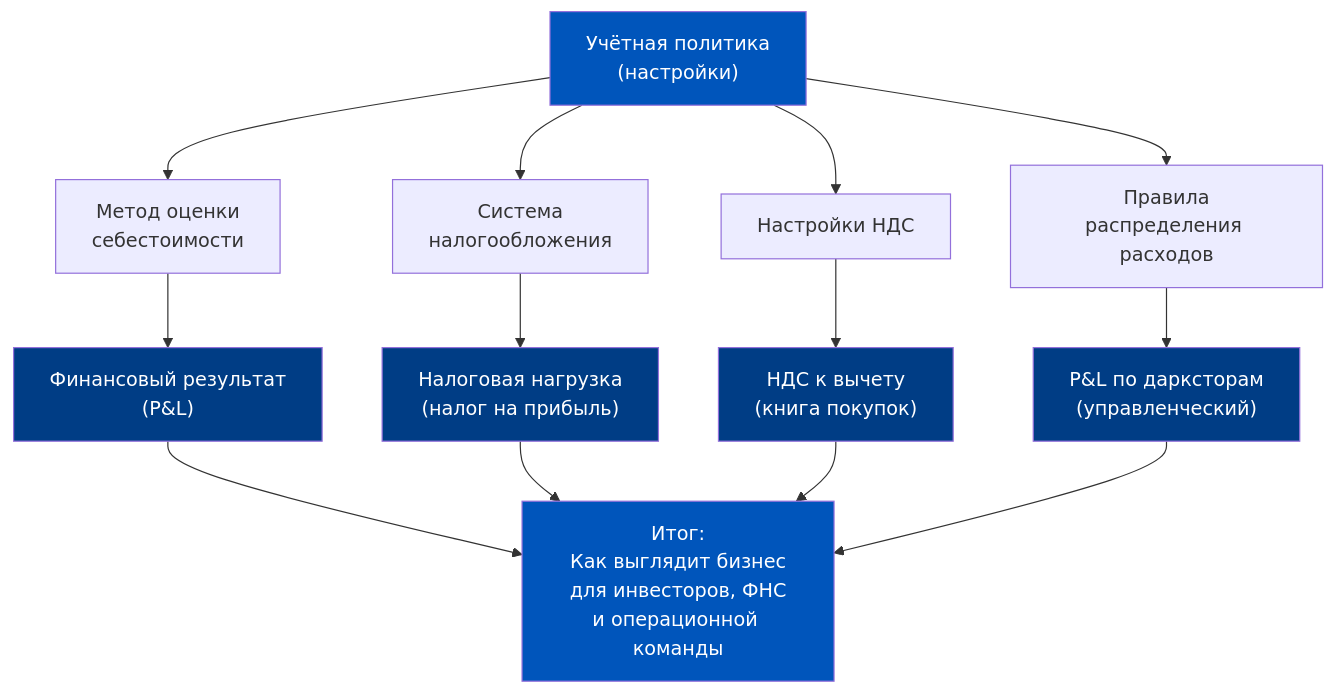
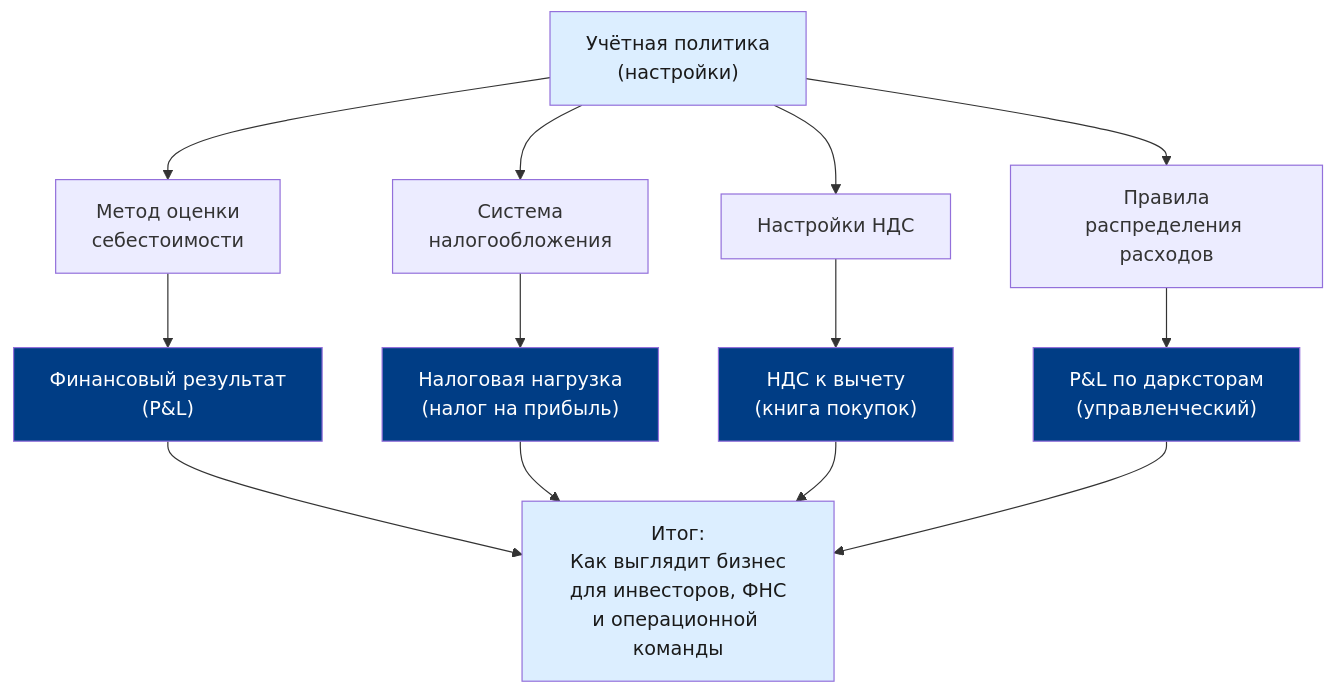
One commit to murad1986/1c-erp-quartz changed the first of 5 diagrams in content/1c-erp/week_1/Неделя 1 - День 3 - Учётная политика.md. Above: the diagram before and after it, drawn with Mermaid. The commit also changed other lines of this file and 57 other files, not shown here.

First line of the commit message:
fix: Mermaid — пастельные цвета в источниках диаграмм (56 файлов)

````diff
--- a/content/1c-erp/week_1/Неделя 1 - День 3 - Учётная политика.md
+++ b/content/1c-erp/week_1/Неделя 1 - День 3 - Учётная политика.md
@@ -79,23 +79,23 @@
 ```mermaid
 flowchart TD
     UP["Учётная политика<br/>(настройки)"]
     UP --> M1["Метод оценки<br/>себестоимости"]
     UP --> M2["Система<br/>налогообложения"]
     UP --> M3["Настройки НДС"]
     UP --> M4["Правила<br/>распределения расходов"]
     M1 --> F1["Финансовый результат<br/>(P&L)"]
     M2 --> F2["Налоговая нагрузка<br/>(налог на прибыль)"]
     M3 --> F3["НДС к вычету<br/>(книга покупок)"]
     M4 --> F4["P&L по дарксторам<br/>(управленческий)"]
     F1 --> R["Итог:<br/>Как выглядит бизнес<br/>для инвесторов, ФНС<br/>и операционной команды"]
     F2 --> R
     F3 --> R
     F4 --> R
 
-    style UP fill:#0055BB,color:#fff
-    style R fill:#0055BB,color:#fff
+    style UP fill:#dceeff,color:#1a1a1a
+    style R fill:#dceeff,color:#1a1a1a
     style F1 fill:#003d85,color:#fff
     style F2 fill:#003d85,color:#fff
     style F3 fill:#003d85,color:#fff
     style F4 fill:#003d85,color:#fff
 ```
````
